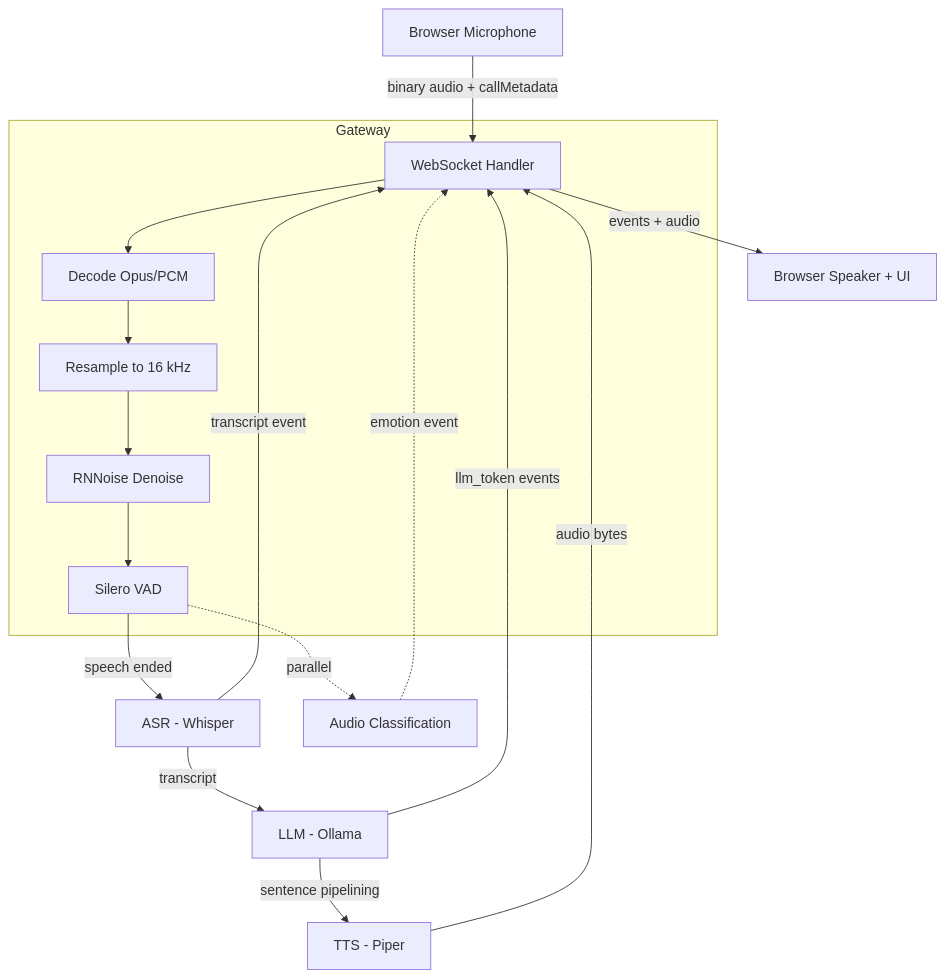
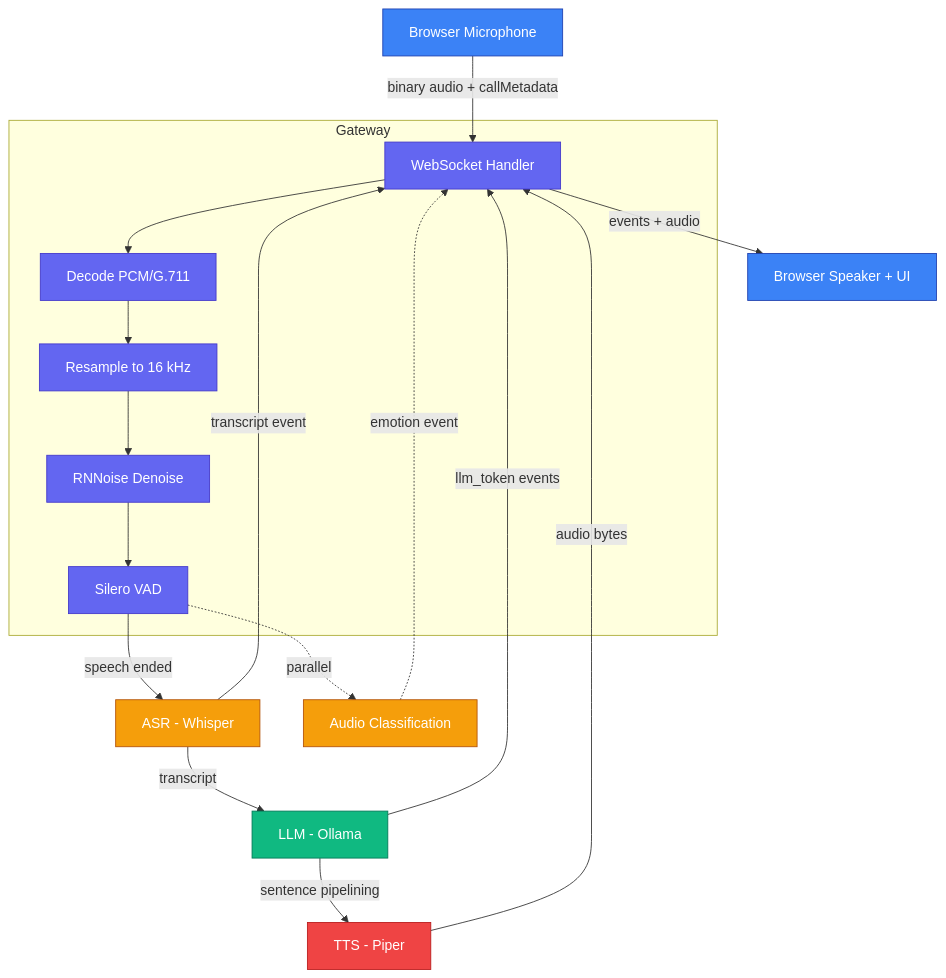
One commit to hubenschmidt/asr-llm-tts changed the first of 4 diagrams in docs/architecture.md. Above: the diagram before and after it, drawn with Mermaid. The commit also changed other lines of this file, not shown here.

Commit message:
color code diagram

````diff
--- a/docs/architecture.md
+++ b/docs/architecture.md
@@ -5,23 +5,29 @@
 ```mermaid
 flowchart TB
-    MIC["Browser Microphone"] -- "binary audio + callMetadata" --> WS["WebSocket Handler"]
+    MIC["Browser Microphone"]:::browser -- "binary audio + callMetadata" --> WS["WebSocket Handler"]:::gateway
 
     subgraph Gateway
-        WS --> DEC["Decode Opus/PCM"]
-        DEC --> RS["Resample to 16 kHz"]
-        RS --> DN["RNNoise Denoise"]
-        DN --> VAD["Silero VAD"]
+        WS --> DEC["Decode PCM/G.711"]:::gateway
+        DEC --> RS["Resample to 16 kHz"]:::gateway
+        RS --> DN["RNNoise Denoise"]:::gateway
+        DN --> VAD["Silero VAD"]:::gateway
     end
 
-    VAD -- "speech ended" --> ASR["ASR - Whisper"]
-    VAD -. "parallel" .-> CLS["Audio Classification"]
-    ASR -- "transcript" --> LLM["LLM - Ollama"]
-    LLM -- "sentence pipelining" --> TTS["TTS - Piper"]
+    VAD -- "speech ended" --> ASR["ASR - Whisper"]:::asr
+    VAD -. "parallel" .-> CLS["Audio Classification"]:::asr
+    ASR -- "transcript" --> LLM["LLM - Ollama"]:::llm
+    LLM -- "sentence pipelining" --> TTS["TTS - Piper"]:::tts
 
     ASR -- "transcript event" --> WS
     LLM -- "llm_token events" --> WS
     TTS -- "audio bytes" --> WS
     CLS -. "emotion event" .-> WS
 
-    WS -- "events + audio" --> SPK["Browser Speaker + UI"]
+    WS -- "events + audio" --> SPK["Browser Speaker + UI"]:::browser
+
+    classDef browser fill:#3b82f6,stroke:#1e40af,color:#fff
+    classDef gateway fill:#6366f1,stroke:#4338ca,color:#fff
+    classDef asr fill:#f59e0b,stroke:#b45309,color:#fff
+    classDef llm fill:#10b981,stroke:#047857,color:#fff
+    classDef tts fill:#ef4444,stroke:#b91c1c,color:#fff
 ```
````
